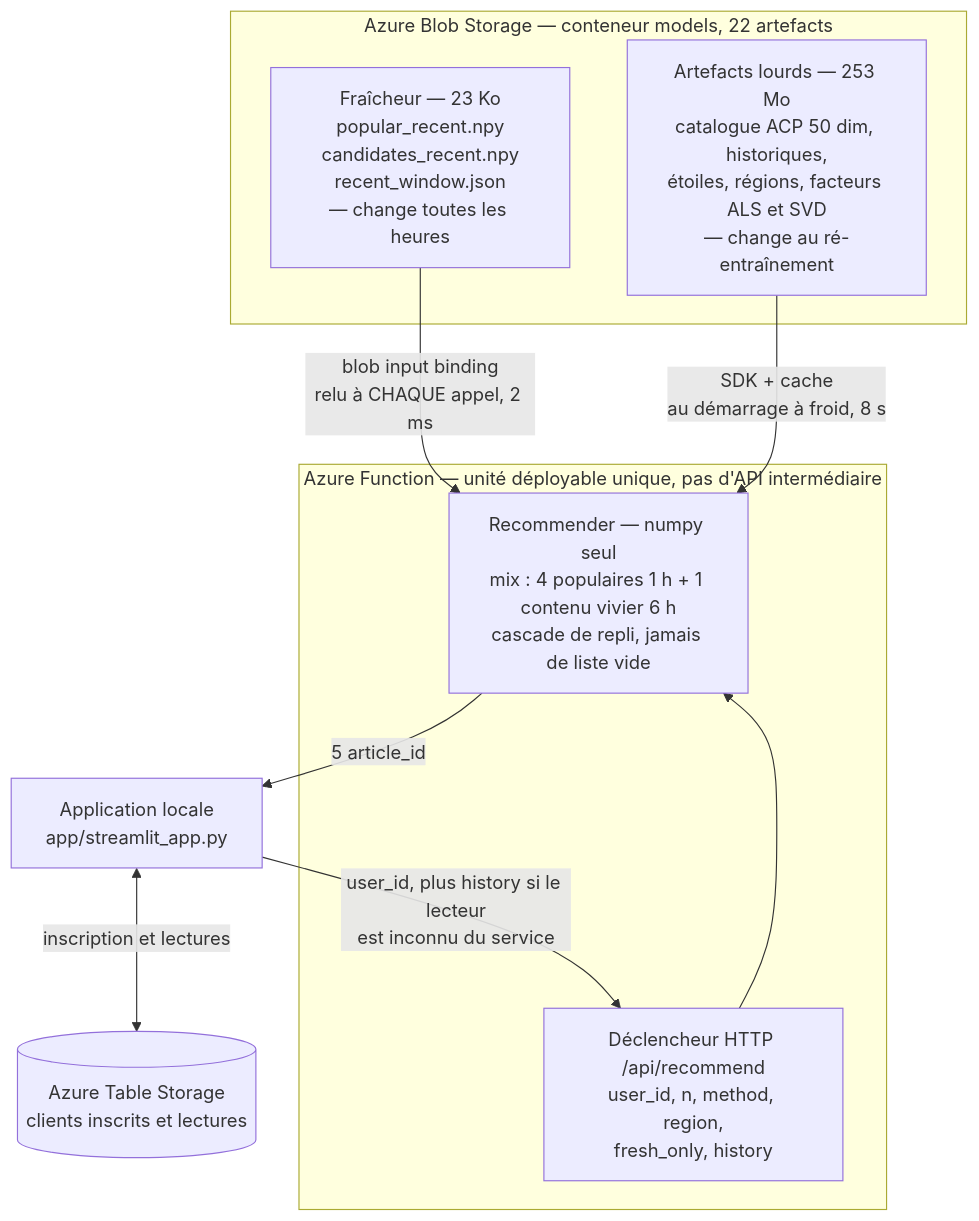
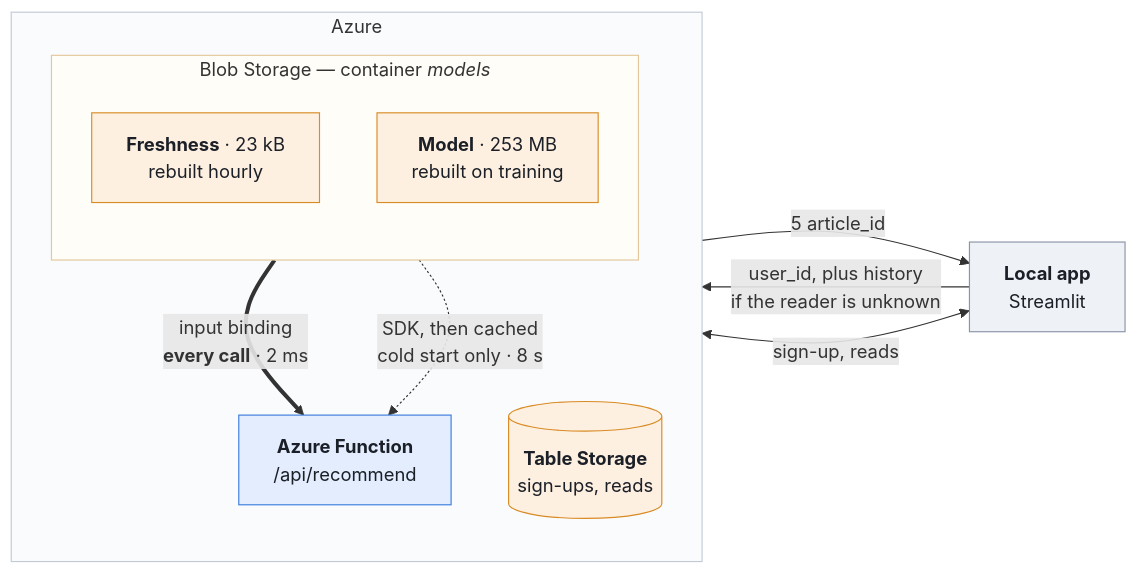
The first of 3 diagrams in docs/architecture.md (delnouty/Ricochet-content-recommendation), drawn with Mermaid before and after one commit. The commit also changed other lines of this file, not shown here.

First line of the commit message:
Architecture note in English, with a title fit for a public repo

````diff
--- a/docs/architecture.md
+++ b/docs/architecture.md
@@ -50,22 +56,31 @@
 ```mermaid
-flowchart TB
-    subgraph blob["Azure Blob Storage — conteneur models, 22 artefacts"]
-        frais["Fraîcheur — 23 Ko<br/>popular_recent.npy<br/>candidates_recent.npy<br/>recent_window.json<br/>— change toutes les heures"]
-        lourds["Artefacts lourds — 253 Mo<br/>catalogue ACP 50 dim, historiques,<br/>étoiles, régions, facteurs ALS et SVD<br/>— change au ré-entraînement"]
+flowchart LR
+    app["<b>Local app</b><br/>Streamlit"]
+
+    subgraph azure[" Azure "]
+        direction TB
+        fn["<b>Azure Function</b><br/>/api/recommend"]
+        tables[("<b>Table Storage</b><br/>sign-ups, reads")]
+
+        subgraph blob[" Blob Storage — container <i>models</i> "]
+            direction TB
+            hot["<b>Freshness</b> · 23 kB<br/>rebuilt hourly"]
+            cold["<b>Model</b> · 253 MB<br/>rebuilt on training"]
+        end
     end
 
-    subgraph fn["Azure Function — unité déployable unique, pas d'API intermédiaire"]
-        http["Déclencheur HTTP /api/recommend<br/>user_id, n, method, region,<br/>fresh_only, history"]
-        moteur["Recommender — numpy seul<br/>mix : 4 populaires 1 h + 1 contenu vivier 6 h<br/>cascade de repli, jamais de liste vide"]
-        http --> moteur
-    end
+    app -->|"user_id, plus history<br/>if the reader is unknown"| fn
+    fn -->|"5 article_id"| app
+    app <-->|"sign-up, reads"| tables
+    hot ==>|"input binding<br/><b>every call</b> · 2 ms"| fn
+    cold -.->|"SDK, then cached<br/>cold start only · 8 s"| fn
 
-    tables[("Azure Table Storage<br/>clients inscrits et lectures")]
-    app["Application locale<br/>app/streamlit_app.py"]
-
-    frais -->|"blob input binding<br/>relu à CHAQUE appel, 2 ms"| moteur
-    lourds -->|"SDK + cache<br/>au démarrage à froid, 8 s"| moteur
-    app -->|"user_id, plus history si le lecteur<br/>est inconnu du service"| http
-    moteur -->|"5 article_id"| app
-    app <-->|"inscription et lectures"| tables
+    classDef client fill:#eef1f5,stroke:#8a94a6,color:#1b1f27
+    classDef service fill:#e3edfd,stroke:#3b7ddd,color:#1b1f27
+    classDef store fill:#fdf0e0,stroke:#d98b25,color:#1b1f27
+    class app client
+    class fn service
+    class hot,cold,tables store
+    style azure fill:#fafbfd,stroke:#c3cad6
+    style blob fill:#fffdf8,stroke:#e3c79a
 ```
````
